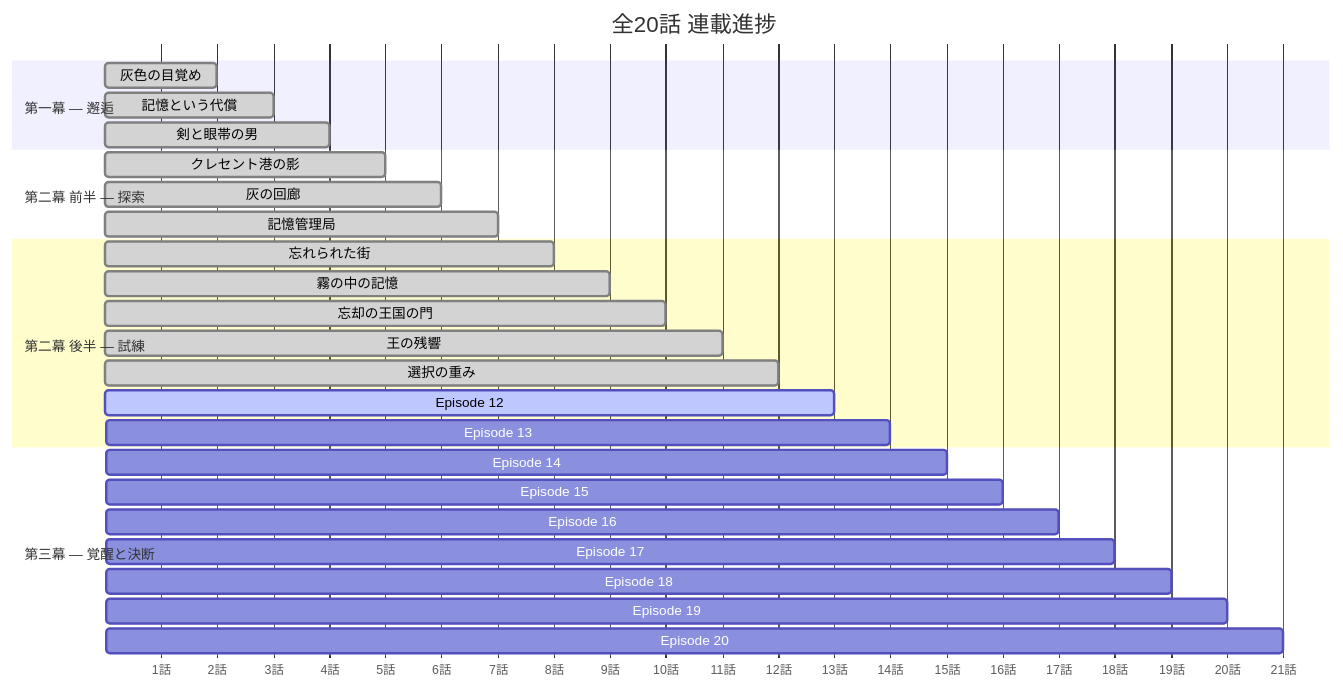
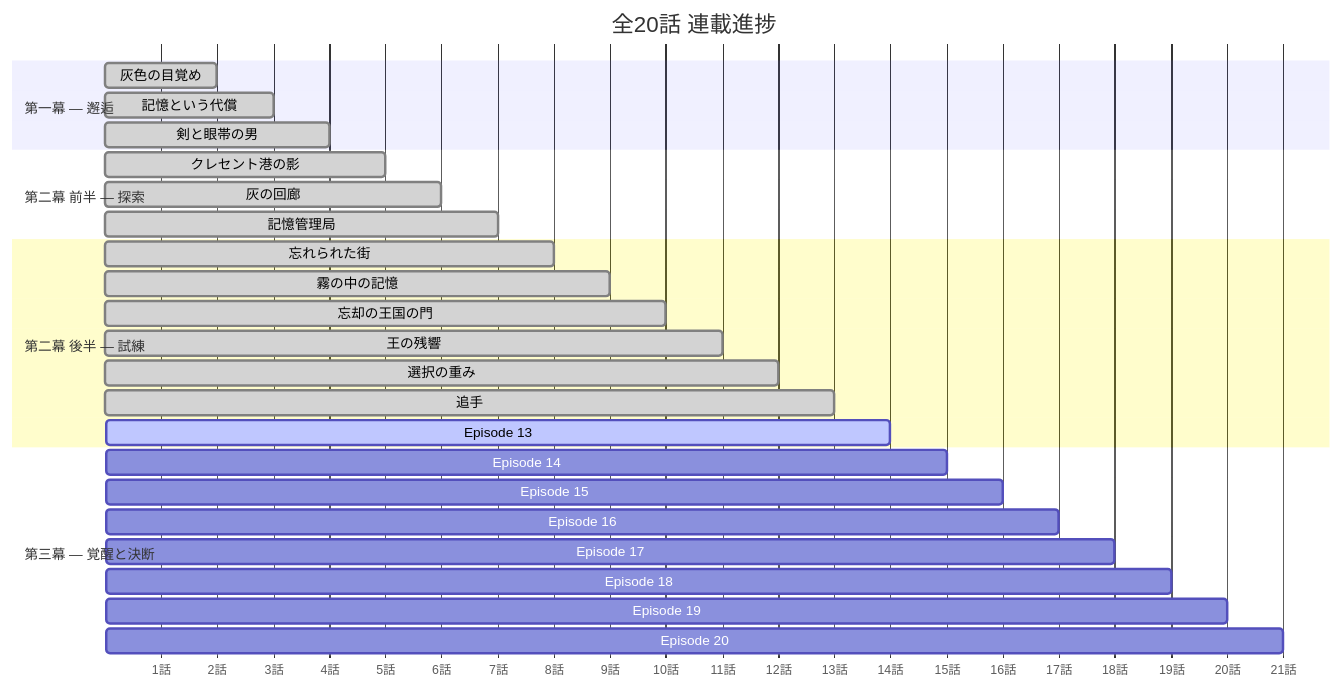
The second of 2 diagrams in README.md (finelagusaz/Agentic_Novel), drawn with Mermaid before and after one commit. The commit also changed other lines of this file, not shown here.

First line of the commit message:
docs: README フロー図・セクションを創発的議論モデルに更新

````diff
--- a/README.md
+++ b/README.md
@@ -212,34 +235,34 @@
 ```mermaid
 gantt
     title 全20話 連載進捗
     dateFormat X
     axisFormat %s話
 
     section 第一幕 — 邂逅
     灰色の目覚め           :done, ep1, 1, 2
     記憶という代償          :done, ep2, 2, 3
     剣と眼帯の男           :done, ep3, 3, 4
 
     section 第二幕 前半 — 探索
     クレセント港の影        :done, ep4, 4, 5
     灰の回廊              :done, ep5, 5, 6
     記憶管理局             :done, ep6, 6, 7
 
     section 第二幕 後半 — 試練
     忘れられた街           :done, ep7, 7, 8
     霧の中の記憶           :done, ep8, 8, 9
     忘却の王国の門          :done, ep9, 9, 10
     王の残響              :done, ep10, 10, 11
     選択の重み             :done, ep11, 11, 12
-    Episode 12            :active, ep12, 12, 13
-    Episode 13            :ep13, 13, 14
+    追手                  :done, ep12, 12, 13
+    Episode 13            :active, ep13, 13, 14
 
     section 第三幕 — 覚醒と決断
     Episode 14            :ep14, 14, 15
     Episode 15            :ep15, 15, 16
     Episode 16            :ep16, 16, 17
     Episode 17            :ep17, 17, 18
     Episode 18            :ep18, 18, 19
     Episode 19            :ep19, 19, 20
     Episode 20            :ep20, 20, 21
 ```
````
